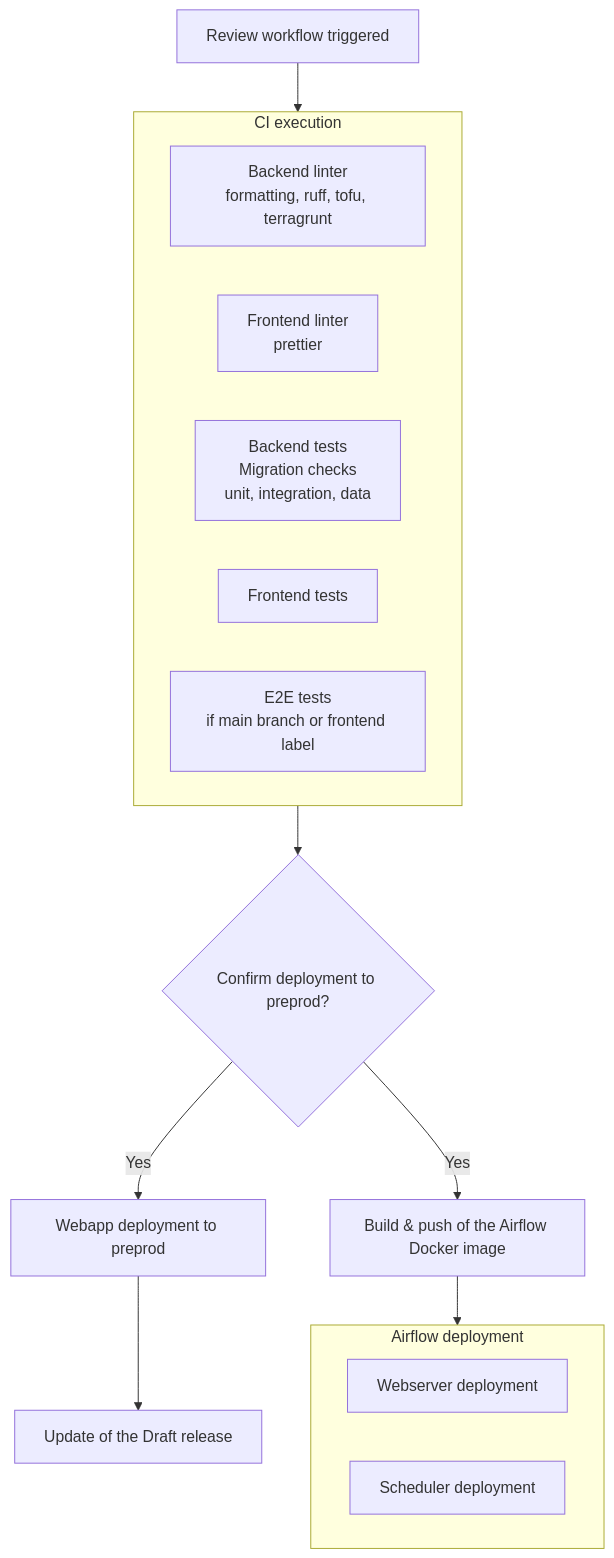
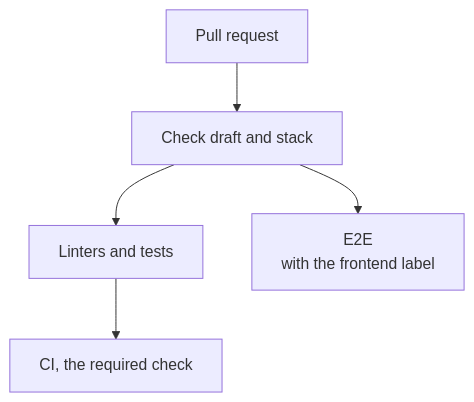
Before and after one commit to incubateur-ademe/quefairedemesobjets: the first of 3 diagrams in docs/reference/infrastructure/ci-cd.md, drawn with Mermaid. The commit also changed other lines of this file and 2 other files, not shown here.

````diff
--- a/docs/reference/infrastructure/ci-cd.md
+++ b/docs/reference/infrastructure/ci-cd.md
@@ -39,24 +41,7 @@
 ```mermaid
 graph TD
-    B[Review workflow triggered] --> C
-
-    subgraph C["CI execution"]
-        C1[Backend linter<br/>formatting, ruff, tofu, terragrunt]
-        C2[Frontend linter<br/>prettier]
-        C3["Backend tests<br/>Migration checks<br/>unit, integration, data"]
-        C4[Frontend tests]
-        C5[E2E tests<br/>if main branch or frontend label]
-
-    end
-
-    subgraph E[Airflow deployment]
-        E1[Webserver deployment]
-        E2[Scheduler deployment]
-    end
-
-    C --> D{Confirm deployment to preprod?}
-    D -->|Yes| F[Webapp deployment to preprod]
-    D -->|Yes| G[Build & push of the Airflow Docker image]
-    G --> E[Deployment of Airflow on Scaleway]
-    F --> H[Update of the Draft release]
+    A[Pull request] --> B[Check draft and stack]
+    B --> C[Linters and tests]
+    B --> E[E2E<br/>with the frontend label]
+    C --> G[CI, the required check]
 ```
````
